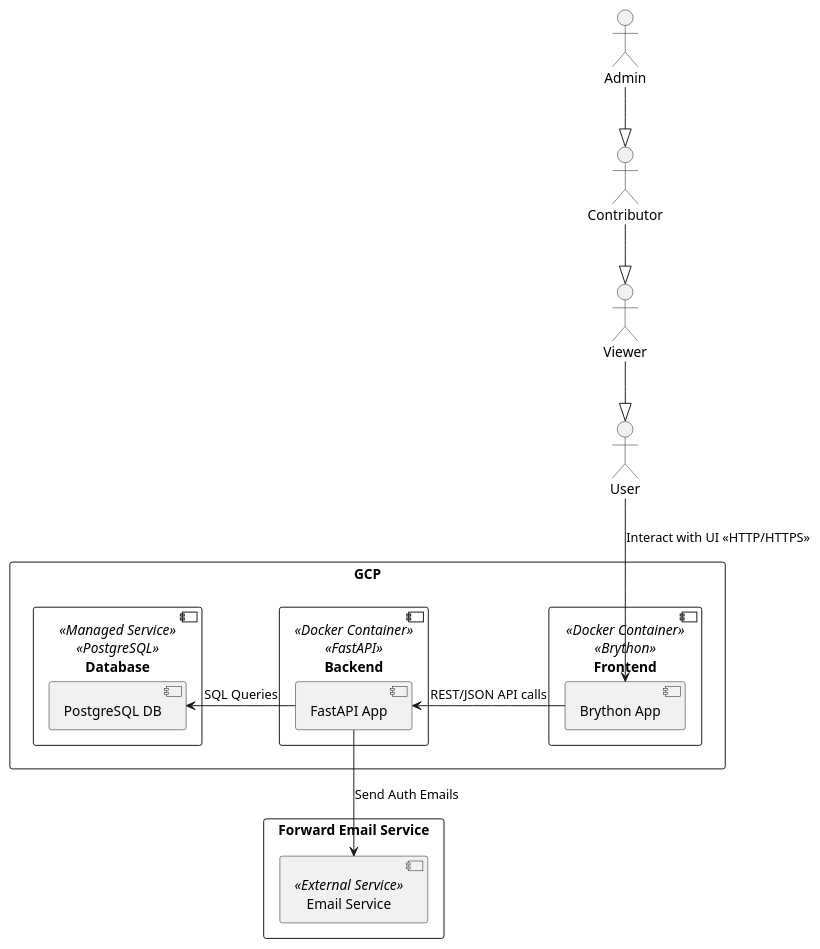
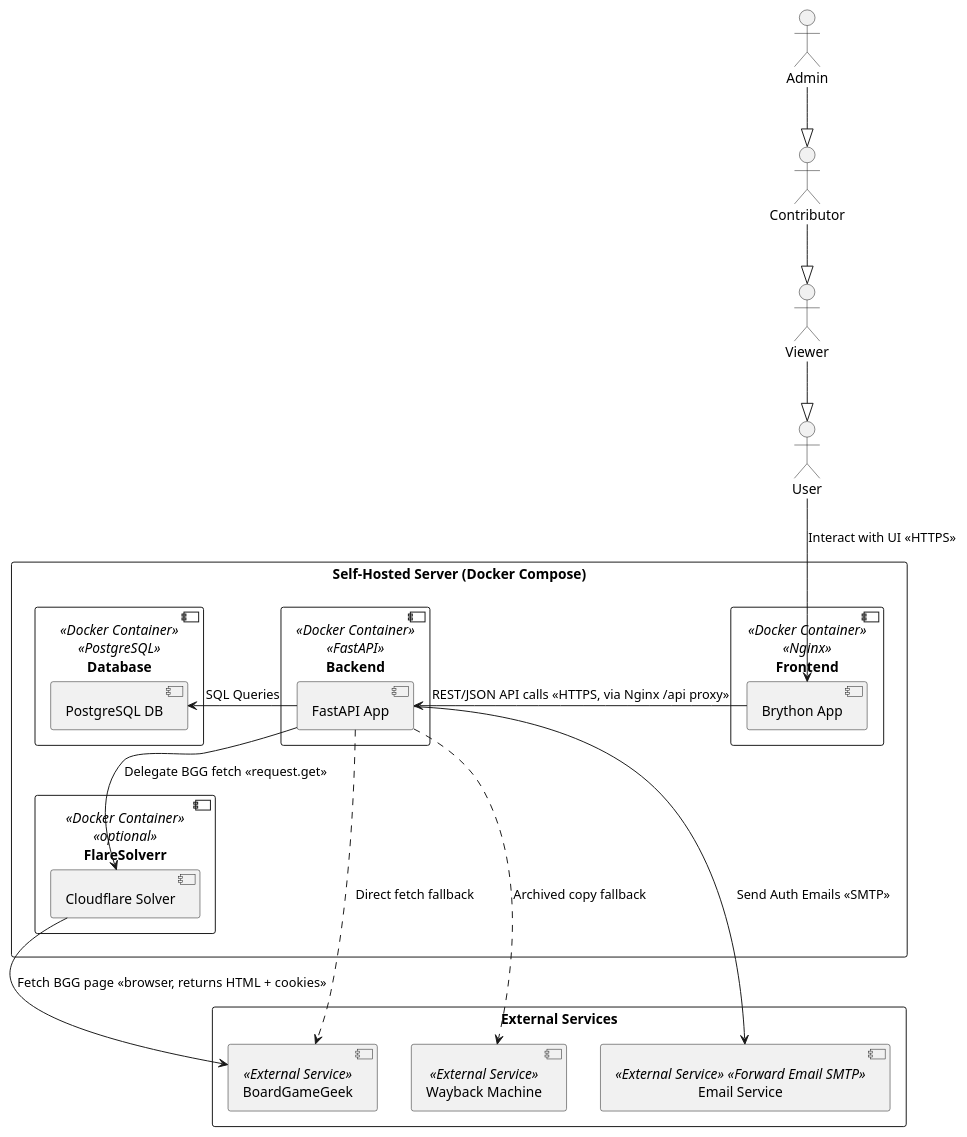
One commit to leshmark/gamegroup changed the second of 7 diagrams in Game Group Site.md. Above: the diagram before and after it, drawn with PlantUML. The commit also changed other lines of this file and 17 other files, not shown here.

````diff
--- a/Game Group Site.md
+++ b/Game Group Site.md
@@ -167,33 +167,44 @@
 ```plantuml
 @startuml
 actor User
 actor Viewer
 actor Contributor
 actor Admin
 'inheritance chain: Viewer > User, Contributor > Viewer, Admin > Contributor
 Viewer --|> User
 Contributor --|> Viewer
 Admin --|> Contributor
 
-rectangle "GCP" {
-    component "Frontend" <<Docker Container>> <<Brython>> {
+rectangle "Self-Hosted Server (Docker Compose)" {
+    component "Frontend" <<Docker Container>> <<Nginx>> {
         component "Brython App"
     }
     component "Backend" <<Docker Container>> <<FastAPI>> {
         component "FastAPI App"
     }
-    component "Database" <<Managed Service>> <<PostgreSQL>> {
+    component "FlareSolverr" <<Docker Container>> <<optional>> {
+        component "Cloudflare Solver"
+    }
+    component "Database" <<Docker Container>> <<PostgreSQL>> {
         component "PostgreSQL DB"
     }
 }
-rectangle "Forward Email Service" {
-    component "Email Service" <<External Service>> {
+rectangle "External Services" {
+    component "Email Service" <<External Service>> <<Forward Email SMTP>> {
+    }
+    component "BoardGameGeek" <<External Service>> {
+    }
+    component "Wayback Machine" <<External Service>> {
     }
 }
-"FastAPI App" -d-> "Email Service" : Send Auth Emails
-"Brython App" -r-> "FastAPI App" : REST/JSON API calls
+"FastAPI App" -d-> "Email Service" : Send Auth Emails <<SMTP>>
+"Brython App" -r-> "FastAPI App" : REST/JSON API calls <<HTTPS, via Nginx /api proxy>>
 "FastAPI App" -r-> "PostgreSQL DB" : SQL Queries
+"FastAPI App" -d-> "Cloudflare Solver" : Delegate BGG fetch <<request.get>>
+"Cloudflare Solver" -d-> "BoardGameGeek" : Fetch BGG page <<browser, returns HTML + cookies>>
+"FastAPI App" ..> "BoardGameGeek" : Direct fetch fallback
+"FastAPI App" ..> "Wayback Machine" : Archived copy fallback
 
-User --> "Brython App" : Interact with UI <<HTTP/HTTPS>>
+User --> "Brython App" : Interact with UI <<HTTPS>>
 @enduml
 ```
````
